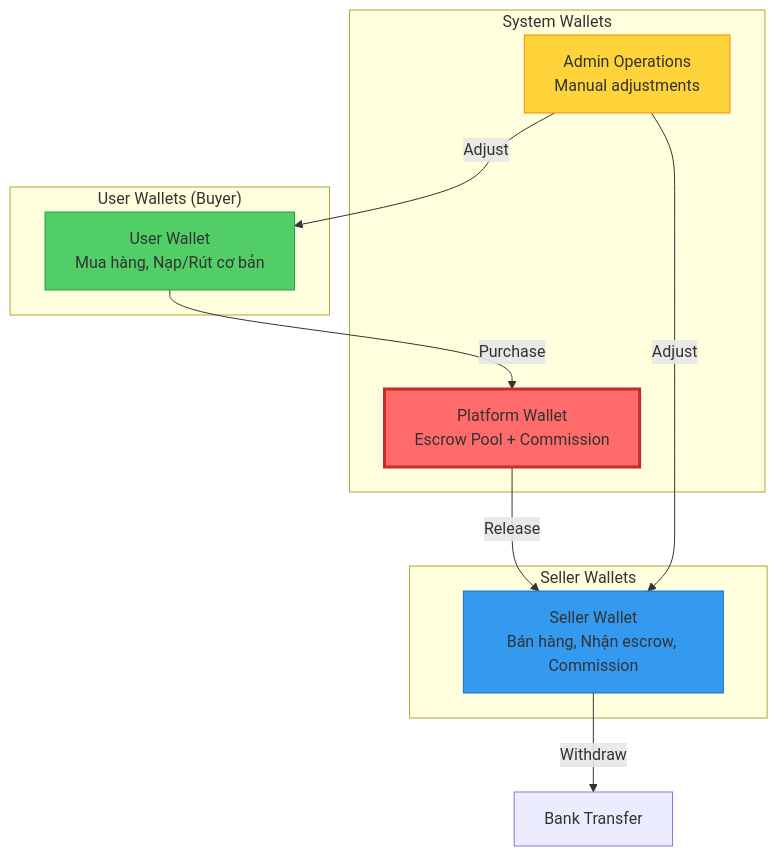
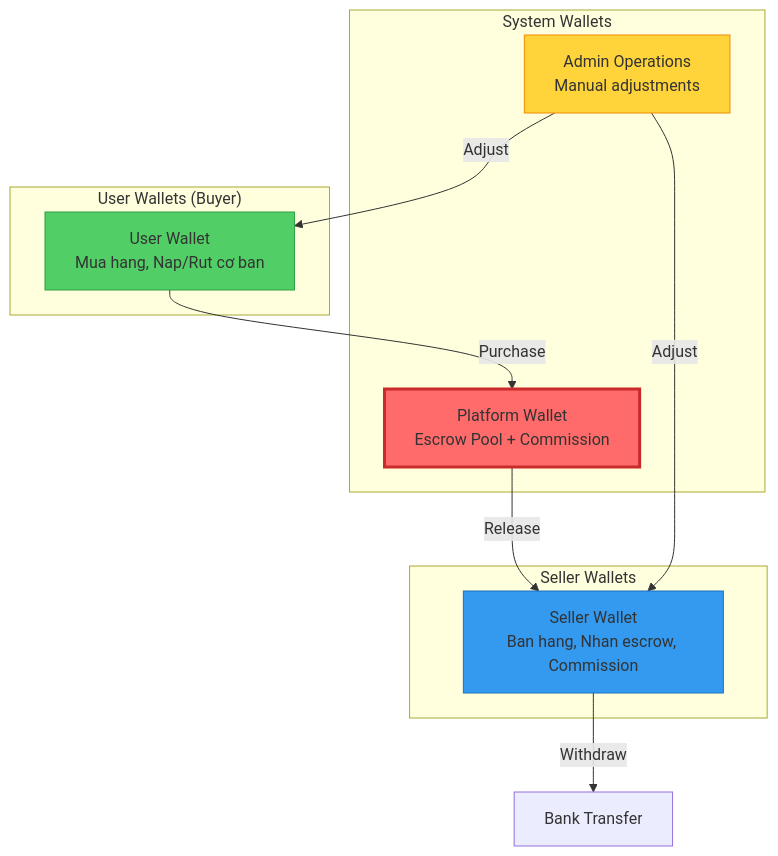
Before and after one commit to anhnguyen123312/ShopMMO: the first of 19 diagrams in mmo-api/docs/v2/TaphoaMMO_Trust_Wallet_V3_Design.md, drawn with Mermaid. The commit also changed other lines of this file and 1 other file, not shown here.

````diff
--- a/mmo-api/docs/v2/TaphoaMMO_Trust_Wallet_V3_Design.md
+++ b/mmo-api/docs/v2/TaphoaMMO_Trust_Wallet_V3_Design.md
@@ -43,26 +43,26 @@
 ```mermaid
 graph TB
     subgraph "User Wallets (Buyer)"
-        UW[User Wallet<br/>Mua hàng, Nạp/Rút cơ bản]
+        UW[User Wallet<br/>Mua hang, Nap/Rut cơ ban]
     end
     
     subgraph "Seller Wallets"
-        SW[Seller Wallet<br/>Bán hàng, Nhận escrow, Commission]
+        SW[Seller Wallet<br/>Ban hang, Nhan escrow, Commission]
     end
     
     subgraph "System Wallets"
         PW[Platform Wallet<br/>Escrow Pool + Commission]
         AW[Admin Operations<br/>Manual adjustments]
     end
     
     UW -->|Purchase| PW
     PW -->|Release| SW
     SW -->|Withdraw| Bank[Bank Transfer]
     AW -->|Adjust| UW
     AW -->|Adjust| SW
     
     style PW fill:#ff6b6b,stroke:#c92a2a,stroke-width:3px
     style UW fill:#51cf66,stroke:#2f9e44
     style SW fill:#339af0,stroke:#1971c2
     style AW fill:#ffd43b,stroke:#f08c00
 ```
````
